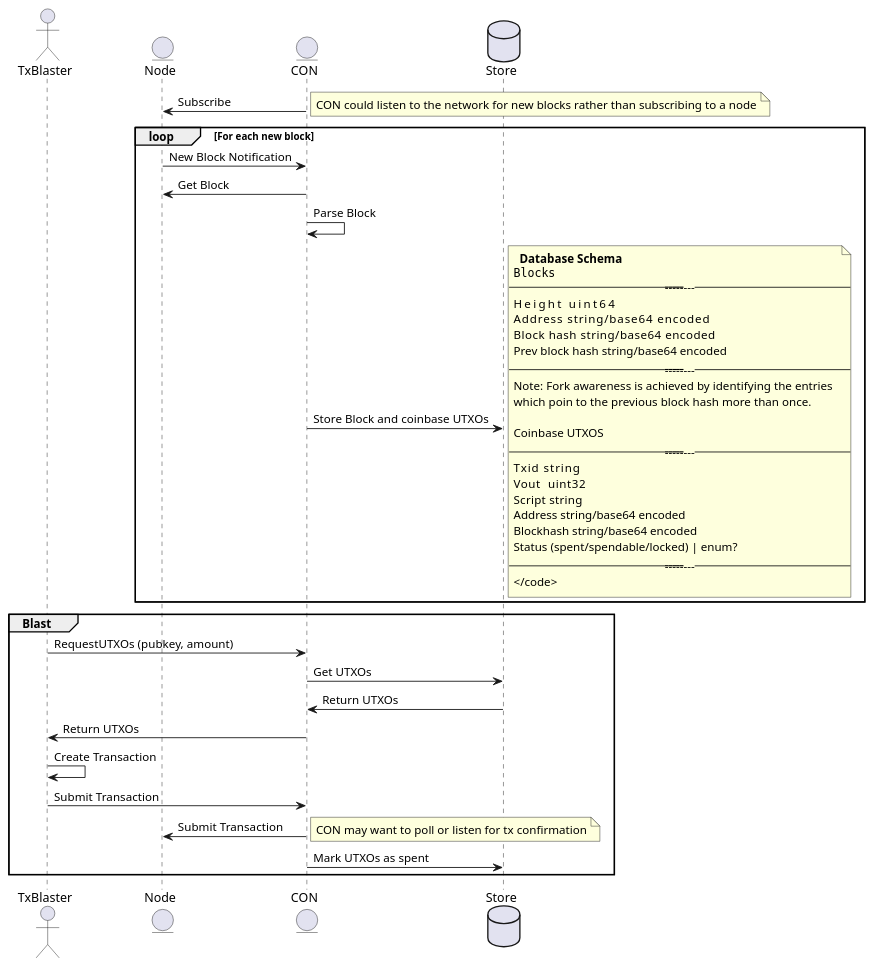
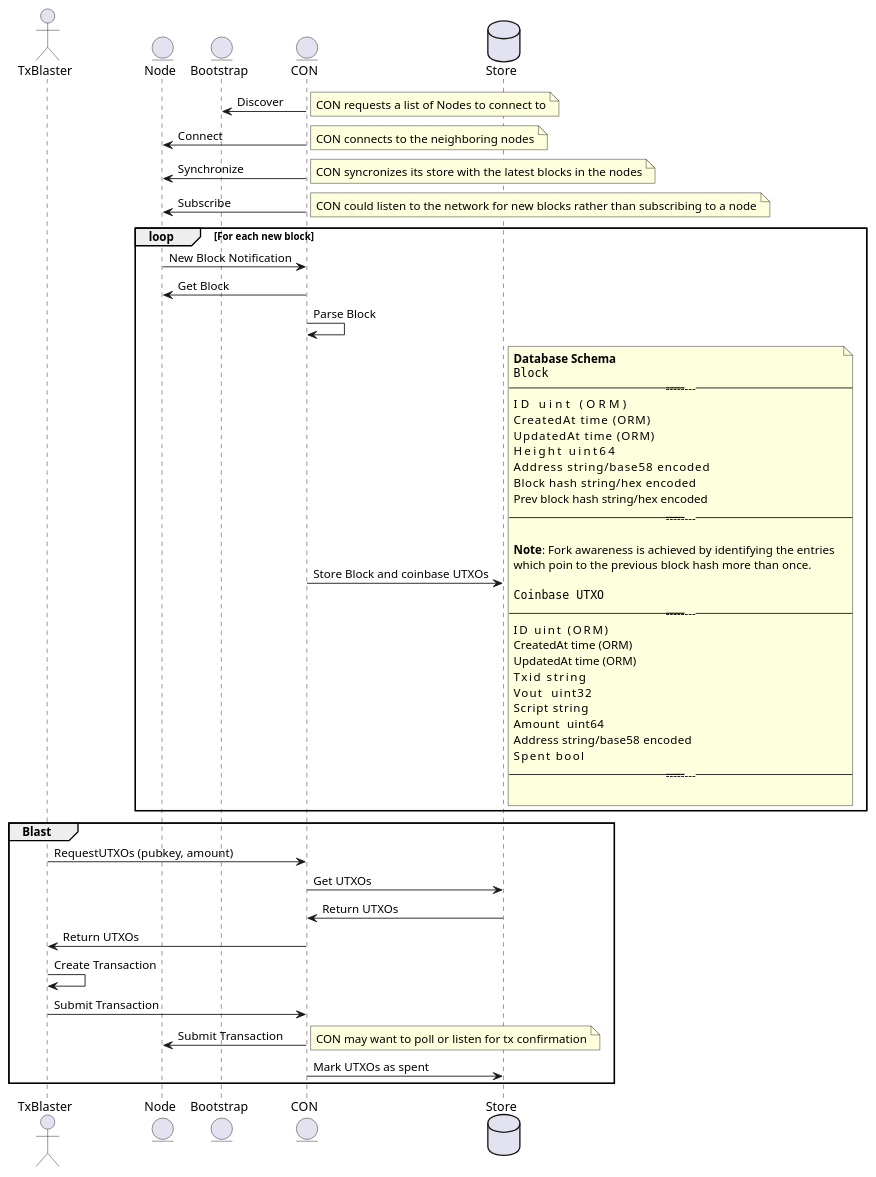
Before and after one commit to freemans13/teranode: the diagram in docs/conSequence.puml, drawn with PlantUML. The commit also changed 5 other files, not shown here.

Commit message:
[feat] CON service: db store factory method new

```diff
--- a/docs/conSequence.puml
+++ b/docs/conSequence.puml
@@ -1,63 +1,87 @@
 @startuml Coinbase Overlay Node Service
 
 actor TxBlaster
 entity Node
+entity Bootstrap
 entity CON
 database Store
+
+CON -> Bootstrap: Discover
+note right
+  CON requests a list of Nodes to connect to
+end note
+
+CON -> Node: Connect
+note right
+  CON connects to the neighboring nodes
+end note
+
+CON -> Node: Synchronize
+note right
+  CON syncronizes its store with the latest blocks in the nodes
+end note
 
 CON -> Node: Subscribe
 note right
   CON could listen to the network for new blocks rather than subscribing to a node
 end note
 
 loop For each new block
   Node -> CON: New Block Notification
   CON -> Node: Get Block
   CON -> CON: Parse Block
   CON -> Store: Store Block and coinbase UTXOs
 note right
   <b>Database Schema</b>
-<code>
-Blocks
---------------------------------
-Height          uint64
-Address         string/base64 encoded
-Block hash      string/base64 encoded
-Prev block hash string/base64 encoded
---------------------------------
-Note: Fork awareness is achieved by identifying the entries
-which poin to the previous block hash more than once.
+  <code>
+  Block
+  --------------------------------
+  ID              uint (ORM)
+  CreatedAt       time (ORM)
+  UpdatedAt       time (ORM)
+  Height          uint64
+  Address         string/base58 encoded
+  Block hash      string/hex encoded
+  Prev block hash string/hex encoded
+  --------------------------------
 
-Coinbase UTXOS
---------------------------------
-Txid    string
-Vout    uint32
-Script  string
-Address string/base64 encoded
-Blockhash string/base64 encoded
-Status (spent/spendable/locked) | enum?
---------------------------------
-</code>
+  <b>Note</b>: Fork awareness is achieved by identifying the entries
+  which poin to the previous block hash more than once.
+
+  <code>
+  Coinbase UTXO
+  --------------------------------
+  ID        uint (ORM)
+  CreatedAt time (ORM)
+  UpdatedAt time (ORM)
+  Txid      string
+  Vout      uint32
+  Script    string
+  Amount    uint64
+  Address   string/base58 encoded
+  Spent     bool
+  --------------------------------
+
 end note
 end
 
 group Blast
 TxBlaster -> CON: RequestUTXOs (pubkey, amount)
 CON -> Store: Get UTXOs
 Store -> CON: Return UTXOs
 CON -> TxBlaster: Return UTXOs
 
 TxBlaster -> TxBlaster: Create Transaction
 
 TxBlaster -> CON: Submit Transaction
 CON -> Node: Submit Transaction
 note right
   CON may want to poll or listen for tx confirmation
 end note
 CON -> Store: Mark UTXOs as spent
 end
 
 
 
 
 @enduml
```
